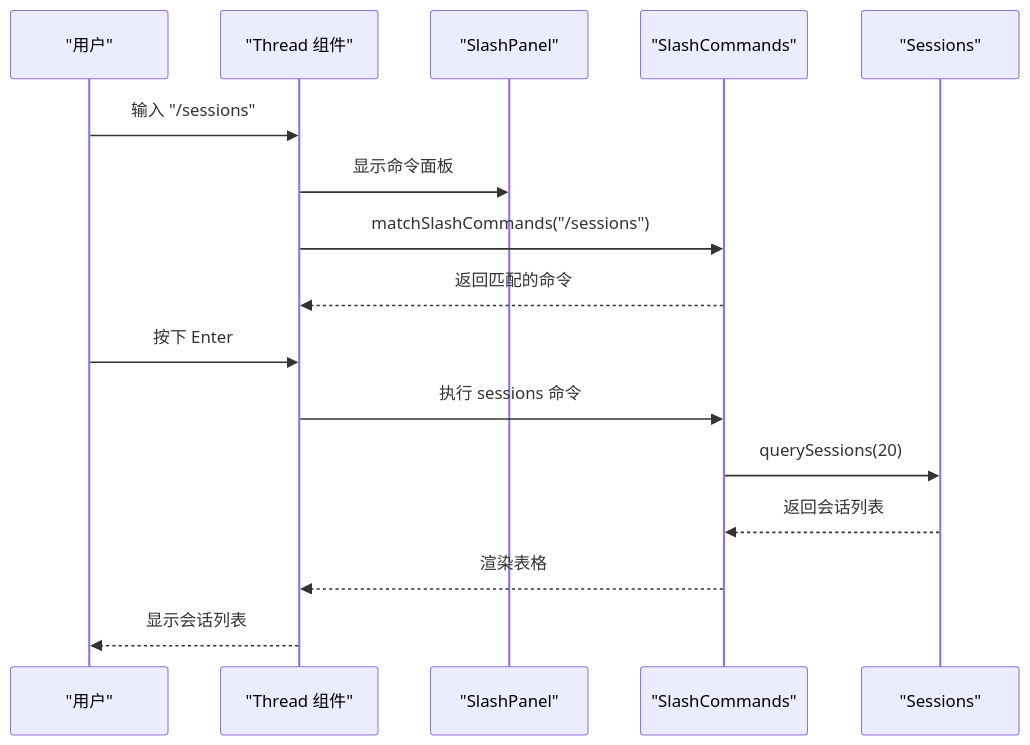
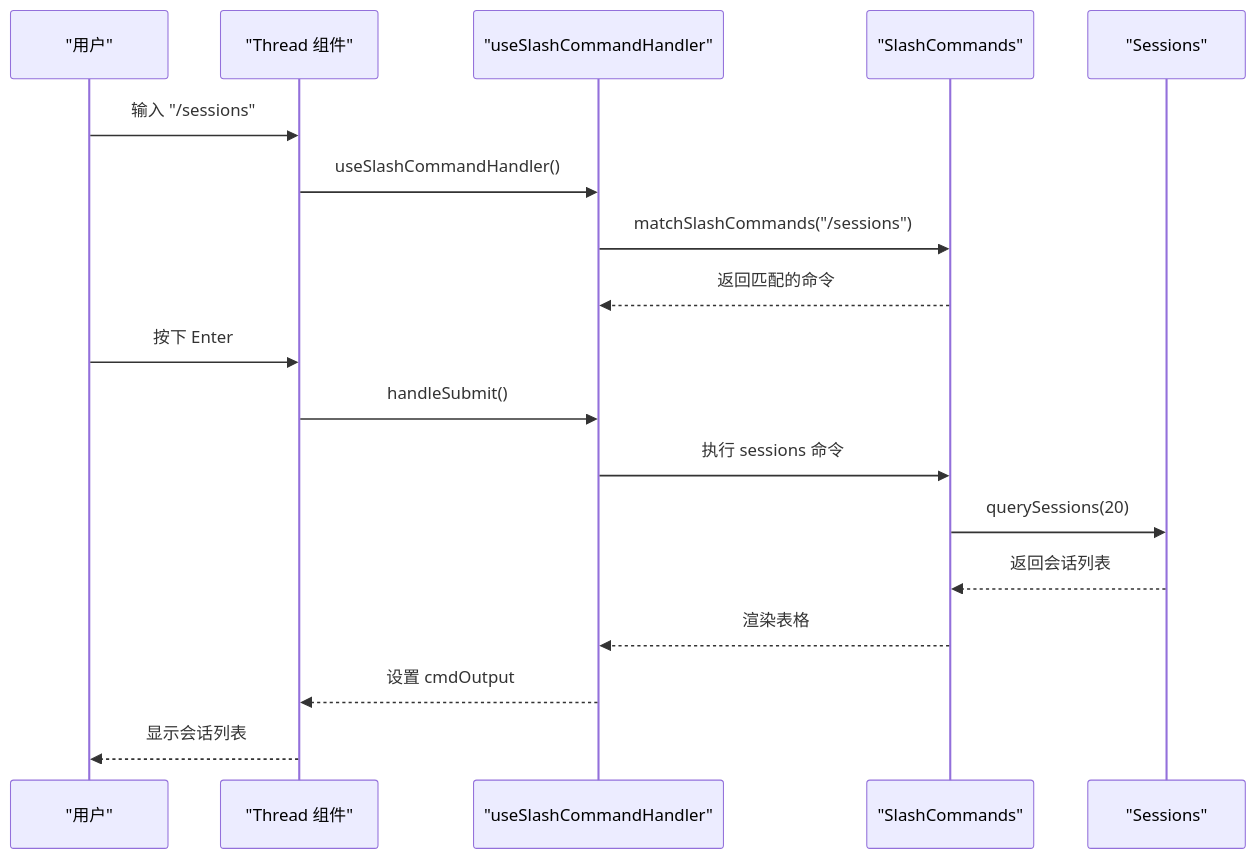
The fifth of 13 diagrams in .qoder/repowiki/zh/content/核心架构/核心架构.md (HAOFUYANG/onion-code), drawn with Mermaid before and after one commit. The commit also changed other lines of this file and 25 other files, not shown here.

````diff
--- a/.qoder/repowiki/zh/content/核心架构/核心架构.md
+++ b/.qoder/repowiki/zh/content/核心架构/核心架构.md
@@ -311,18 +313,20 @@
 ```mermaid
 sequenceDiagram
 participant U as "用户"
 participant TH as "Thread 组件"
-participant SP as "SlashPanel"
+participant UC as "useSlashCommandHandler"
 participant SC as "SlashCommands"
 participant SS as "Sessions"
 U->>TH : 输入 "/sessions"
-TH->>SP : 显示命令面板
-TH->>SC : matchSlashCommands("/sessions")
-SC-->>TH : 返回匹配的命令
+TH->>UC : useSlashCommandHandler()
+UC->>SC : matchSlashCommands("/sessions")
+SC-->>UC : 返回匹配的命令
 U->>TH : 按下 Enter
-TH->>SC : 执行 sessions 命令
+TH->>UC : handleSubmit()
+UC->>SC : 执行 sessions 命令
 SC->>SS : querySessions(20)
 SS-->>SC : 返回会话列表
-SC-->>TH : 渲染表格
+SC-->>UC : 渲染表格
+UC-->>TH : 设置 cmdOutput
 TH-->>U : 显示会话列表
 ```
````
